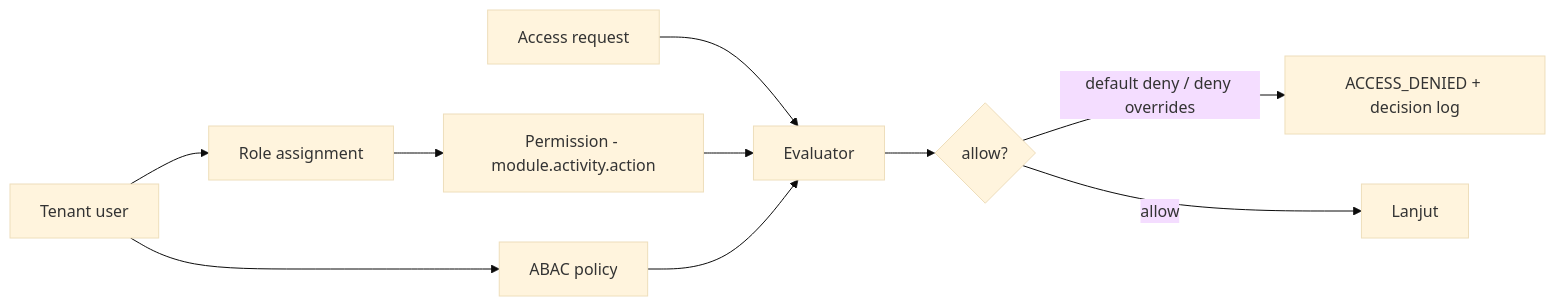
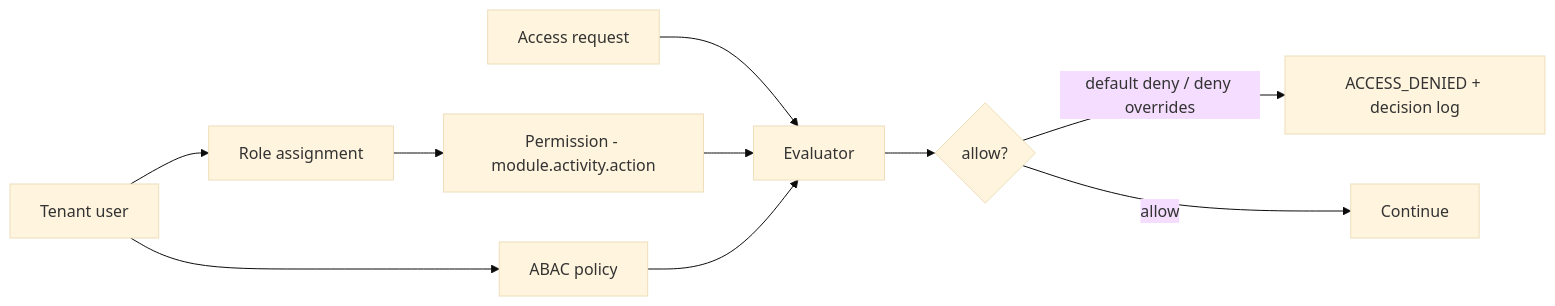
One commit to ahliweb/awcms changed the first of 3 diagrams in docs/awcms/17_default_seed_rbac_abac.md. Above: the diagram before and after it, drawn with Mermaid (base theme). The commit also changed other lines of this file and 603 other files, not shown here.

````diff
--- a/docs/awcms/17_default_seed_rbac_abac.md
+++ b/docs/awcms/17_default_seed_rbac_abac.md
@@ -13,12 +15,12 @@
 ```mermaid
 flowchart LR
   U[Tenant user] --> R[Role assignment]
   R --> P[Permission - module.activity.action]
   U --> A[ABAC policy]
   Req[Access request] --> Eval[Evaluator]
   P --> Eval
   A --> Eval
   Eval --> D{allow?}
   D -->|default deny / deny overrides| Deny[ACCESS_DENIED + decision log]
-  D -->|allow| Ok[Lanjut]
+  D -->|allow| Ok[Continue]
 ```
````
